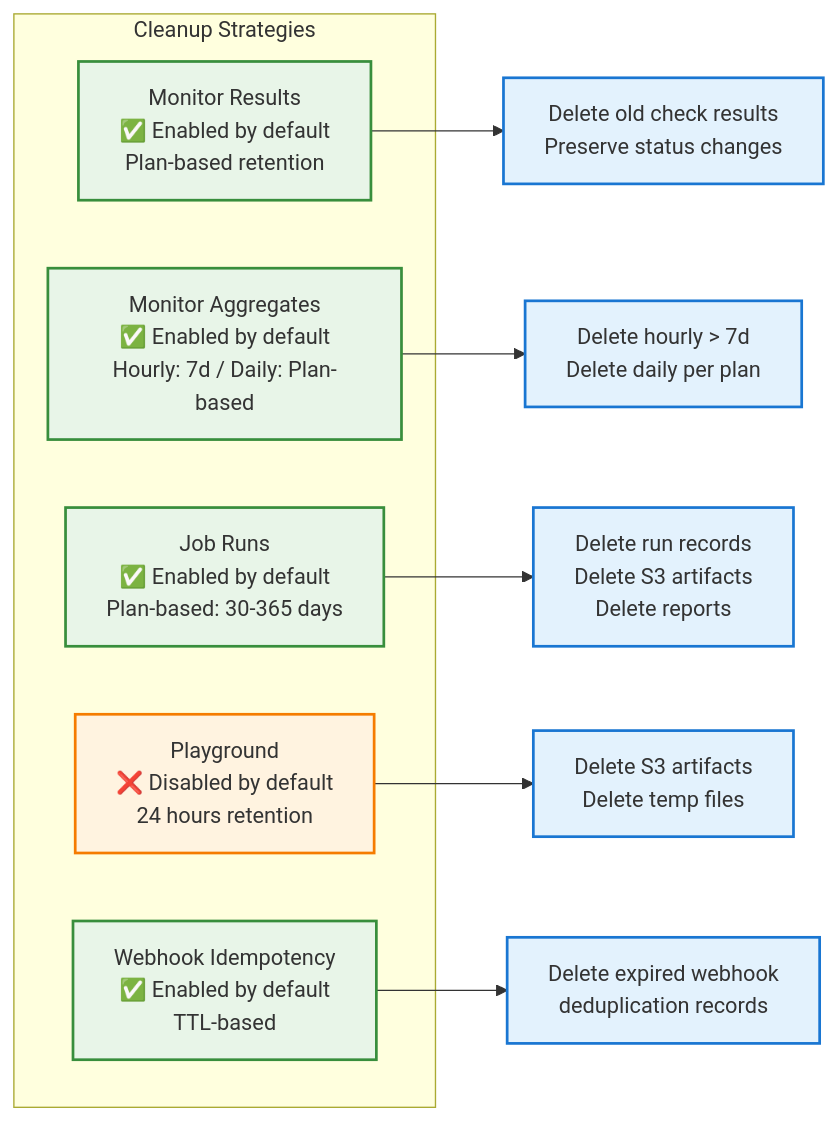
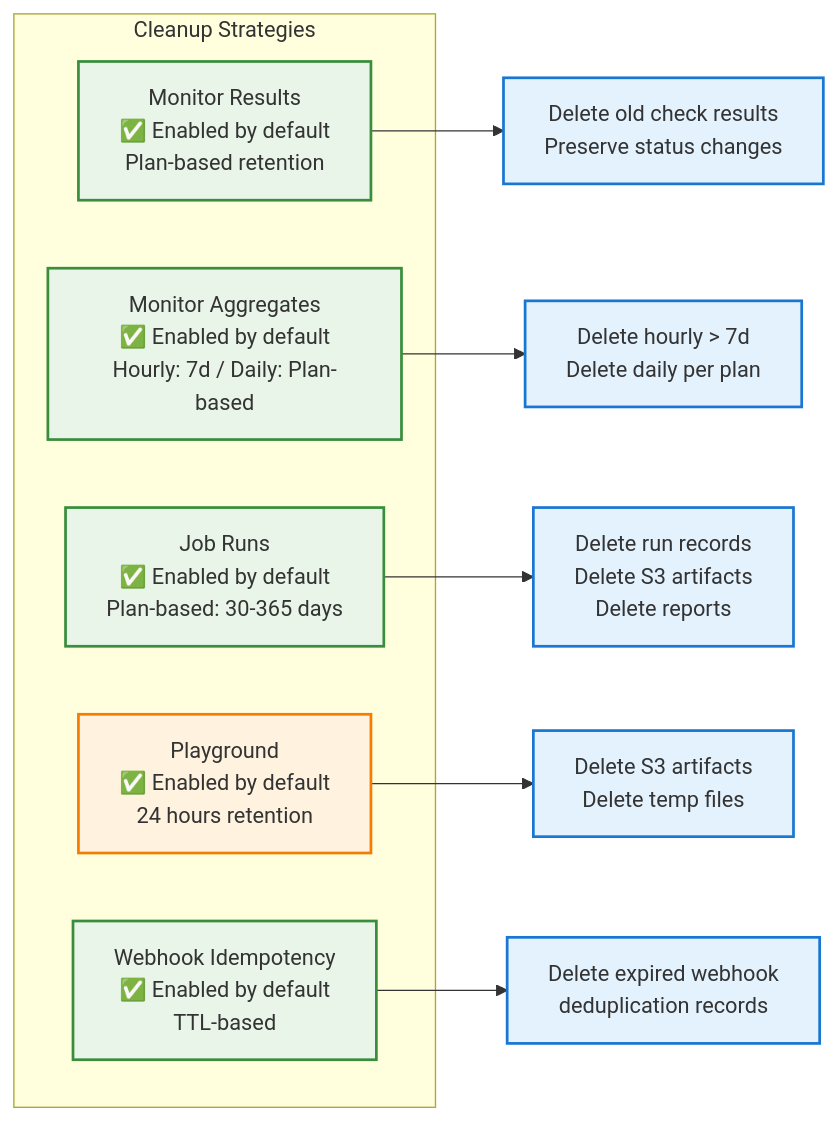
One commit to supercheck-io/supercheck changed the third of 11 diagrams in specs/06-data/DATA_LIFECYCLE_SYSTEM.md. Above: the diagram before and after it, drawn with Mermaid. The commit also changed other lines of this file and 14 other files, not shown here.

````diff
--- a/specs/06-data/DATA_LIFECYCLE_SYSTEM.md
+++ b/specs/06-data/DATA_LIFECYCLE_SYSTEM.md
@@ -238,24 +238,24 @@
 ```mermaid
 graph LR
     subgraph "Cleanup Strategies"
         M[Monitor Results<br/>✅ Enabled by default<br/>Plan-based retention]
         MA[Monitor Aggregates<br/>✅ Enabled by default<br/>Hourly: 7d / Daily: Plan-based]
         J[Job Runs<br/>✅ Enabled by default<br/>Plan-based: 30-365 days]
-        P[Playground<br/>❌ Disabled by default<br/>24 hours retention]
+        P[Playground<br/>✅ Enabled by default<br/>24 hours retention]
         W[Webhook Idempotency<br/>✅ Enabled by default<br/>TTL-based]
     end
 
     M --> MD[Delete old check results<br/>Preserve status changes]
     MA --> MAD[Delete hourly > 7d<br/>Delete daily per plan]
     J --> JD[Delete run records<br/>Delete S3 artifacts<br/>Delete reports]
     P --> PD[Delete S3 artifacts<br/>Delete temp files]
     W --> WD[Delete expired webhook<br/>deduplication records]
 
     classDef enabled fill:#e8f5e8,stroke:#388e3c,stroke-width:2px
     classDef disabled fill:#fff3e0,stroke:#f57c00,stroke-width:2px
     classDef action fill:#e3f2fd,stroke:#1976d2,stroke-width:2px
 
     class M,MA,J,W enabled
     class P disabled
     class MD,MAD,JD,PD,WD action
 ```
````
